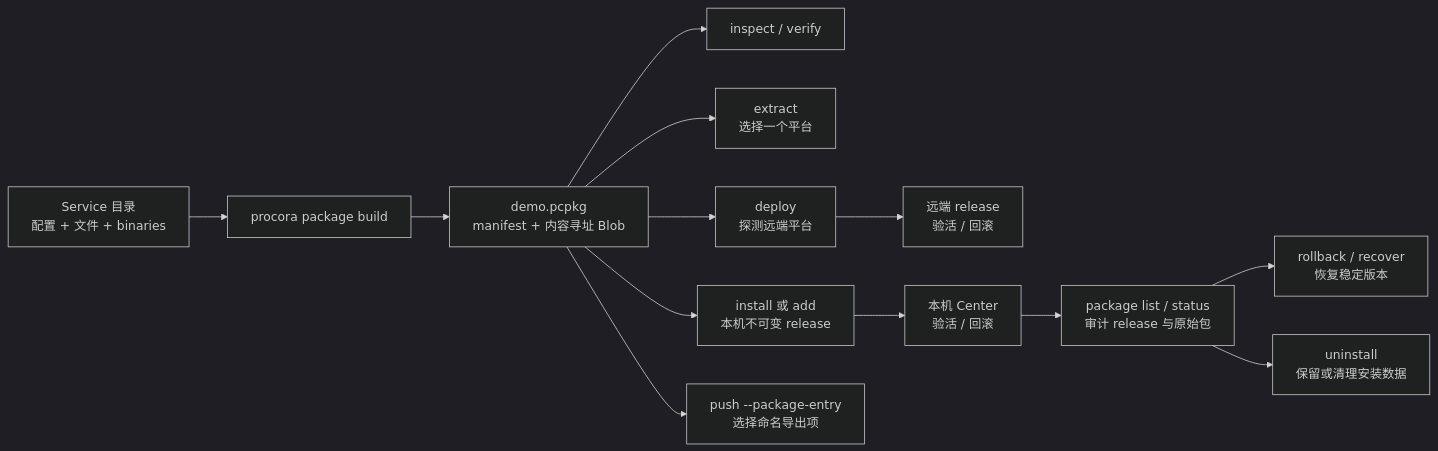
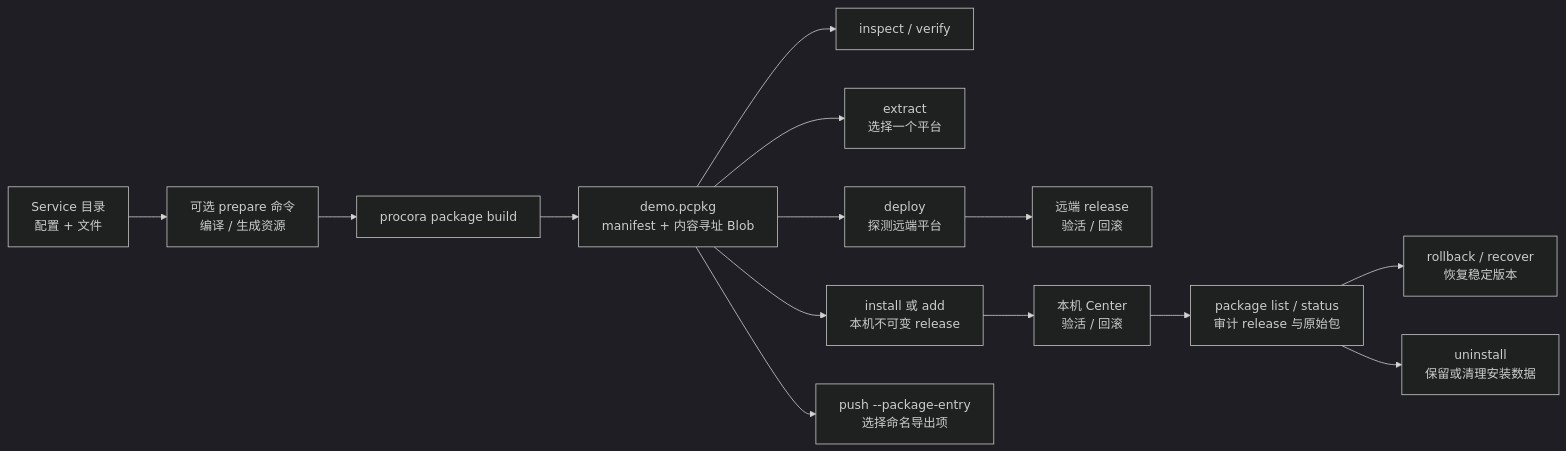
Before and after one commit to laull9/procora: the diagram in docs/packages.md, drawn with Mermaid (dark theme). The commit also changed other lines of this file and 15 other files, not shown here.

````diff
--- a/docs/packages.md
+++ b/docs/packages.md
@@ -7,15 +7,16 @@
 ```mermaid
 flowchart LR
-    A[Service 目录<br/>配置 + 文件 + binaries] --> B[procora package build]
+    A[Service 目录<br/>配置 + 文件] --> P[可选 prepare 命令<br/>编译 / 生成资源]
+    P --> B[procora package build]
     B --> C[demo.pcpkg<br/>manifest + 内容寻址 Blob]
     C --> D[inspect / verify]
     C --> E[extract<br/>选择一个平台]
     C --> F[install 或 add<br/>本机不可变 release]
     C --> G[deploy<br/>探测远端平台]
     C --> H[push --package-entry<br/>选择命名导出项]
     G --> I[远端 release<br/>验活 / 回滚]
     F --> J[本机 Center<br/>验活 / 回滚]
     J --> K[package list / status<br/>审计 release 与原始包]
     K --> L[rollback / recover<br/>恢复稳定版本]
     K --> M[uninstall<br/>保留或清理安装数据]
 ```
````
